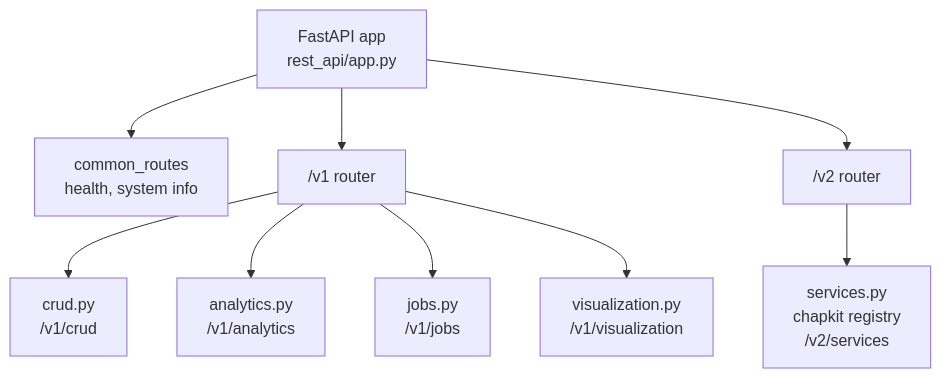
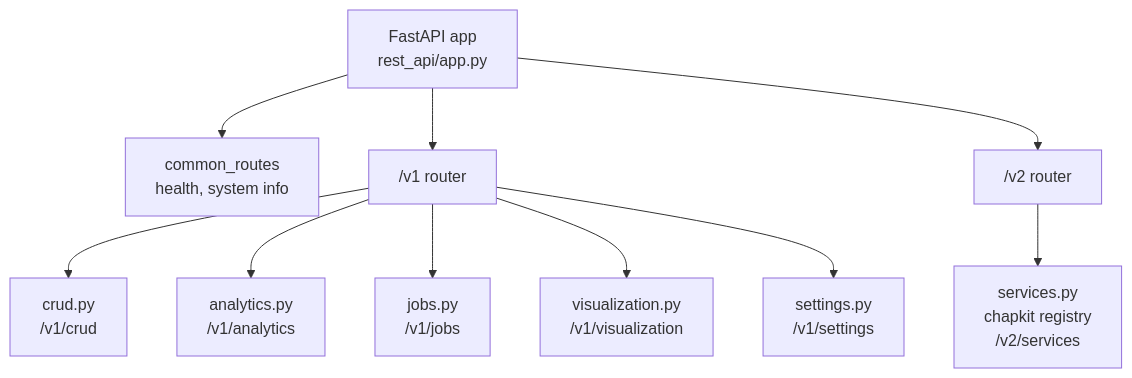
Before and after one commit to dhis2-chap/chap-core: the first of 2 diagrams in docs/contributor/rest_api_and_database.md, drawn with Mermaid. The commit also changed other lines of this file and 26 other files, not shown here.

````diff
--- a/docs/contributor/rest_api_and_database.md
+++ b/docs/contributor/rest_api_and_database.md
@@ -9,22 +9,24 @@
 ```mermaid
 flowchart TB
     App["FastAPI app<br/>rest_api/app.py"]
     Common["common_routes<br/>health, system info"]
     V1["/v1 router"]
     V2["/v2 router"]
 
     Crud["crud.py<br/>/v1/crud"]
     Analytics["analytics.py<br/>/v1/analytics"]
     Jobs["jobs.py<br/>/v1/jobs"]
     Viz["visualization.py<br/>/v1/visualization"]
+    Settings["settings.py<br/>/v1/settings"]
     Services["services.py<br/>chapkit registry<br/>/v2/services"]
 
     App --> Common
     App --> V1
     App --> V2
     V1 --> Crud
     V1 --> Analytics
     V1 --> Jobs
     V1 --> Viz
+    V1 --> Settings
     V2 --> Services
 ```
````
